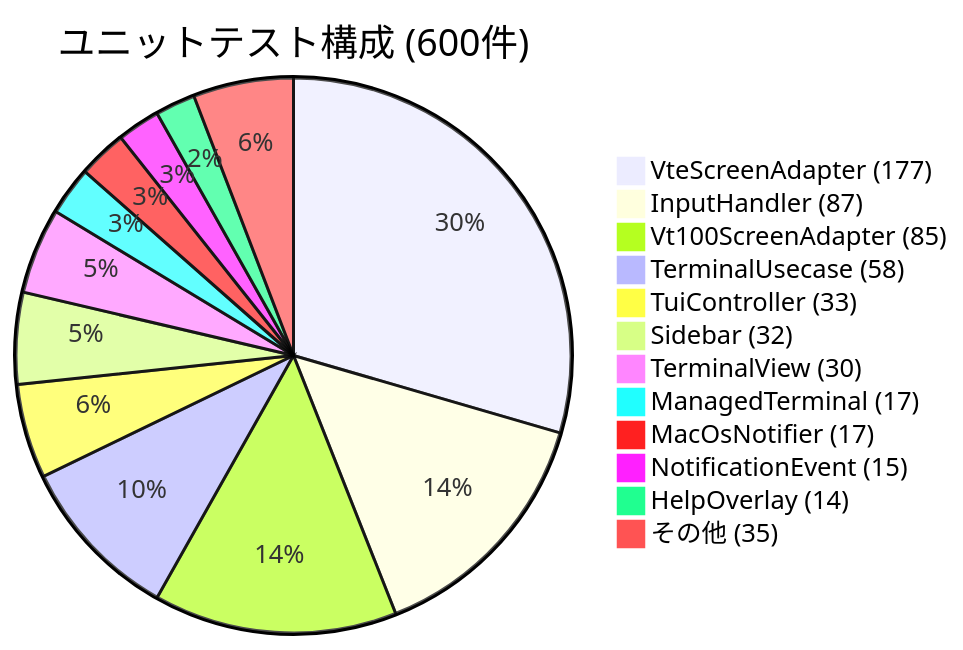
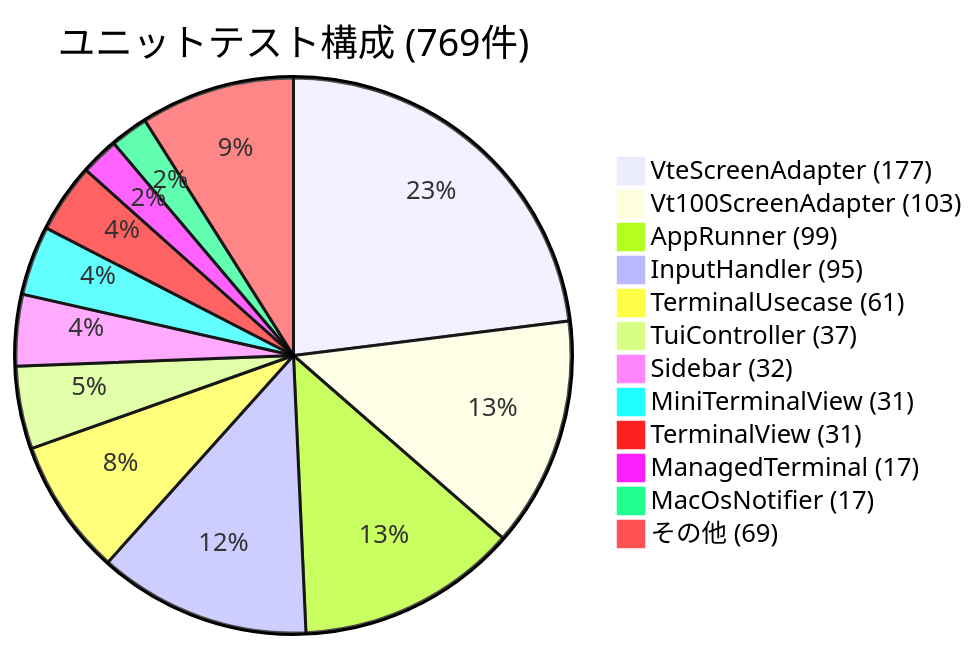
The sixth of 6 diagrams in README.md (Kobayashi-takumi/cli-manager), drawn with Mermaid before and after one commit. The commit also changed other lines of this file, not shown here.

First line of the commit message:
Update README with mini terminal documentation

````diff
--- a/README.md
+++ b/README.md
@@ -461,15 +484,15 @@
 ```mermaid
-pie title ユニットテスト構成 (600件)
+pie title ユニットテスト構成 (769件)
     "VteScreenAdapter (177)" : 177
-    "InputHandler (87)" : 87
-    "Vt100ScreenAdapter (85)" : 85
-    "TerminalUsecase (58)" : 58
-    "TuiController (33)" : 33
+    "Vt100ScreenAdapter (103)" : 103
+    "AppRunner (99)" : 99
+    "InputHandler (95)" : 95
+    "TerminalUsecase (61)" : 61
+    "TuiController (37)" : 37
     "Sidebar (32)" : 32
-    "TerminalView (30)" : 30
+    "MiniTerminalView (31)" : 31
+    "TerminalView (31)" : 31
     "ManagedTerminal (17)" : 17
     "MacOsNotifier (17)" : 17
-    "NotificationEvent (15)" : 15
-    "HelpOverlay (14)" : 14
-    "その他 (35)" : 35
+    "その他 (69)" : 69
 ```
````
